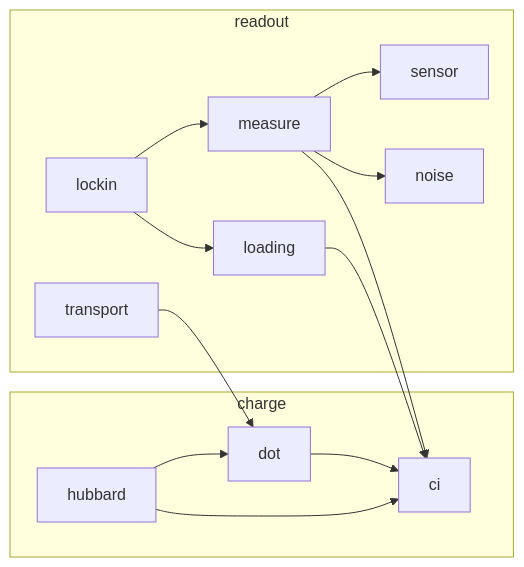
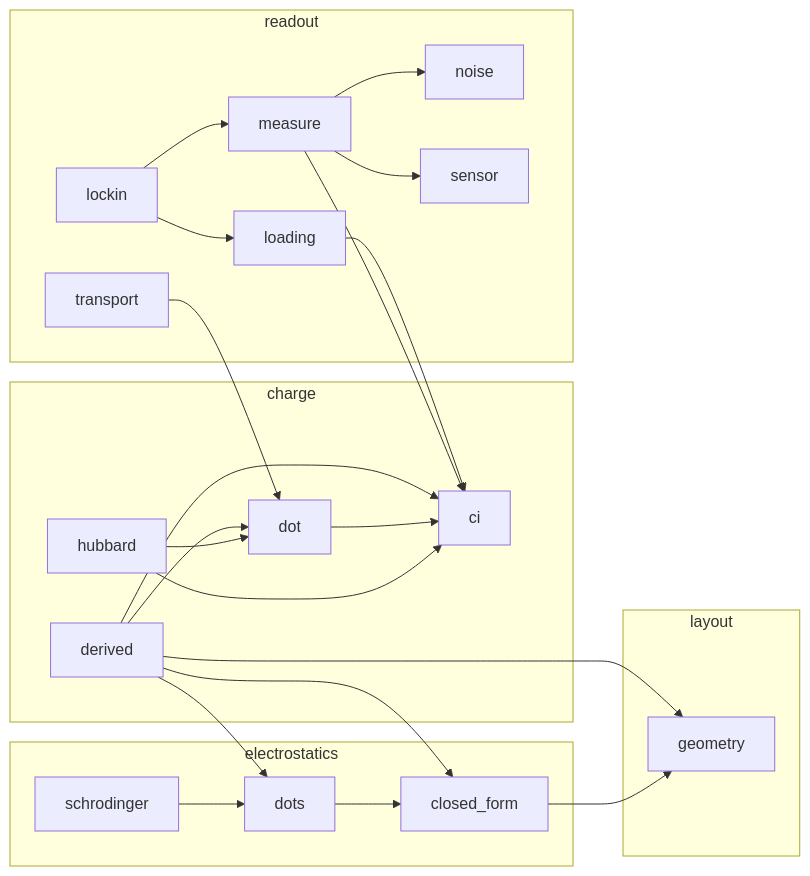
Before and after one commit to CowboyQuantum/phantom: the second of 2 diagrams in docs/MODELS.md, drawn with Mermaid. The commit also changed other lines of this file and 24 other files, not shown here.

First line of the commit message:
feat(layout,electrostatics): closed-form potentials, derived dots and CI parameters from a layout

````diff
--- a/docs/MODELS.md
+++ b/docs/MODELS.md
@@ -74,26 +95,43 @@
 ```mermaid
 flowchart LR
+  subgraph layout
+    layout_geometry["geometry"]
+  end
+  subgraph electrostatics
+    electrostatics_closed_form["closed_form"]
+    electrostatics_dots["dots"]
+    electrostatics_schrodinger["schrodinger"]
+  end
   subgraph charge
     charge_ci["ci"]
+    charge_derived["derived"]
     charge_dot["dot"]
     charge_hubbard["hubbard"]
   end
   subgraph readout
     readout_loading["loading"]
     readout_lockin["lockin"]
     readout_measure["measure"]
     readout_noise["noise"]
     readout_sensor["sensor"]
     readout_transport["transport"]
   end
+  charge_derived --> charge_ci
+  charge_derived --> charge_dot
+  charge_derived --> electrostatics_closed_form
+  charge_derived --> electrostatics_dots
+  charge_derived --> layout_geometry
   charge_dot --> charge_ci
   charge_hubbard --> charge_ci
   charge_hubbard --> charge_dot
+  electrostatics_closed_form --> layout_geometry
+  electrostatics_dots --> electrostatics_closed_form
+  electrostatics_schrodinger --> electrostatics_dots
   readout_loading --> charge_ci
   readout_lockin --> readout_loading
   readout_lockin --> readout_measure
   readout_measure --> charge_ci
   readout_measure --> readout_noise
   readout_measure --> readout_sensor
   readout_transport --> charge_dot
 ```
````
